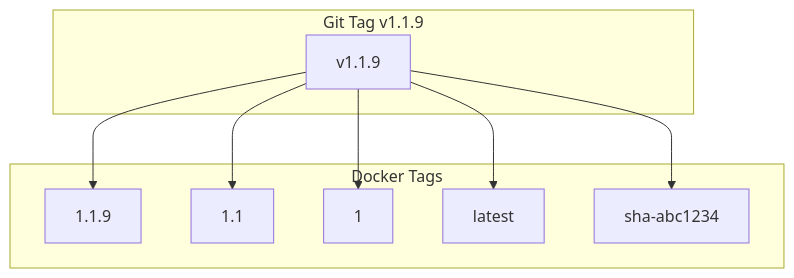
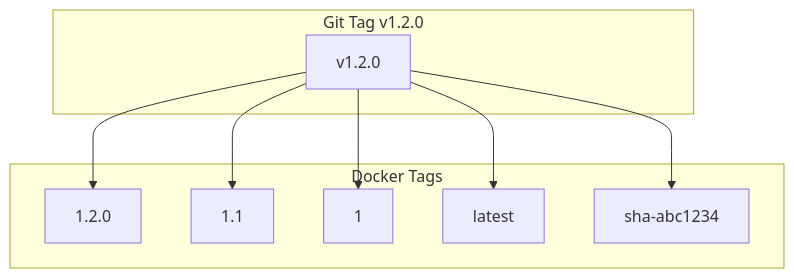
The seventh of 13 diagrams in docs/GITHUB-WORKFLOWS.md (telemetryflow/telemetryflow-collector), drawn with Mermaid before and after one commit. The commit also changed other lines of this file and 28 other files, not shown here.

````diff
--- a/docs/GITHUB-WORKFLOWS.md
+++ b/docs/GITHUB-WORKFLOWS.md
@@ -260,20 +260,20 @@
 ```mermaid
 flowchart TD
-    subgraph "Git Tag v1.1.9"
-        GT[v1.1.9]
+    subgraph "Git Tag v1.2.0"
+        GT[v1.2.0]
     end
 
     subgraph "Docker Tags"
-        T1[1.1.9]
+        T1[1.2.0]
         T2[1.1]
         T3[1]
         T4[latest]
         T5[sha-abc1234]
     end
 
     GT --> T1
     GT --> T2
     GT --> T3
     GT --> T4
     GT --> T5
 ```
````
